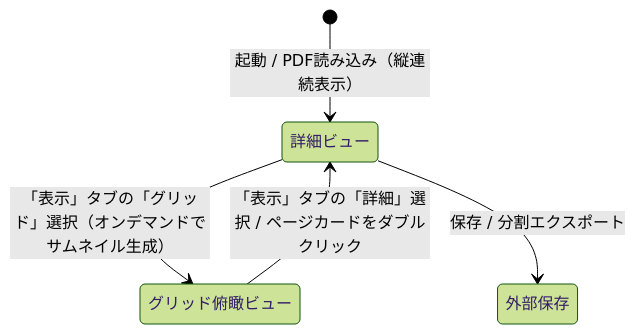
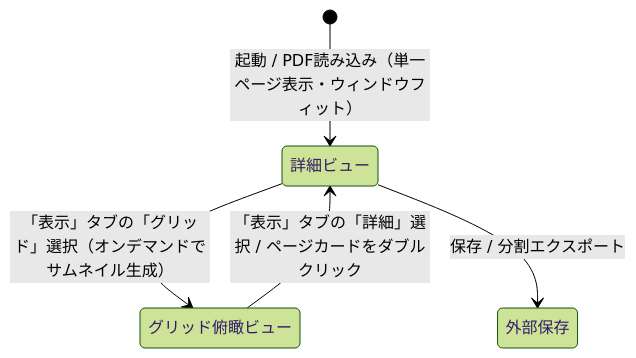
The diagram in docs/basic_design.md (shota4327/PDFBinder), drawn with Mermaid (forest theme) before and after one commit. The commit also changed other lines of this file and 10 other files, not shown here.

````diff
--- a/docs/basic_design.md
+++ b/docs/basic_design.md
@@ -121,7 +121,7 @@
 ```mermaid
 stateDiagram-v2
-    [*] --> 詳細ビュー: 起動 / PDF読み込み（縦連続表示）
+    [*] --> 詳細ビュー: 起動 / PDF読み込み（単一ページ表示・ウィンドウフィット）
     詳細ビュー --> グリッド俯瞰ビュー: 「表示」タブの「グリッド」選択（オンデマンドでサムネイル生成）
     グリッド俯瞰ビュー --> 詳細ビュー: 「表示」タブの「詳細」選択 / ページカードをダブルクリック
     詳細ビュー --> 外部保存: 保存 / 分割エクスポート
 ```
````
